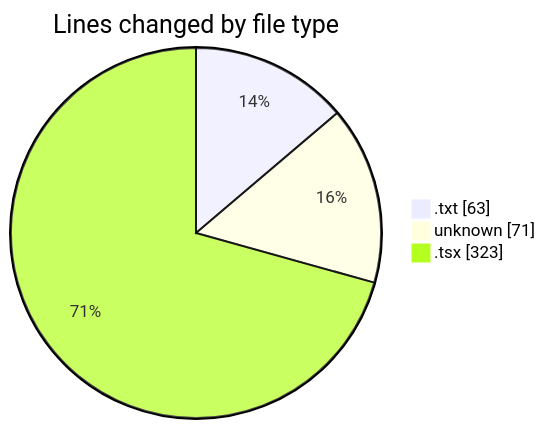
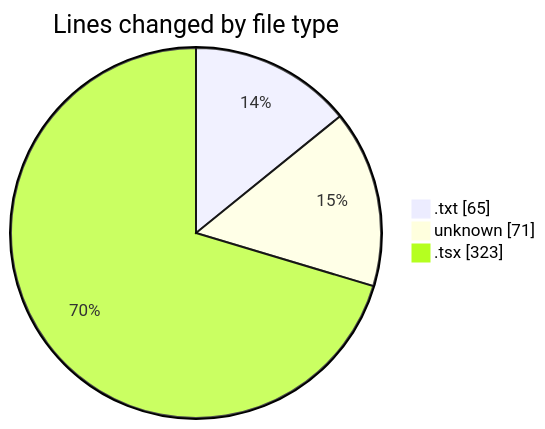
One commit to CELIANVF/code-tracking changed the first of 2 diagrams in 2025-05-22/ecodeli-1/README.md. Above: the diagram before and after it, drawn with Mermaid. The commit also changed other lines of this file and 1 other file, not shown here.

````diff
--- a/2025-05-22/ecodeli-1/README.md
+++ b/2025-05-22/ecodeli-1/README.md
@@ -25,7 +25,7 @@
 ```mermaid
 pie showData
 title Lines changed by file type
-".txt" : 63
+".txt" : 65
 "unknown" : 71
 ".tsx" : 323
 ```
````
